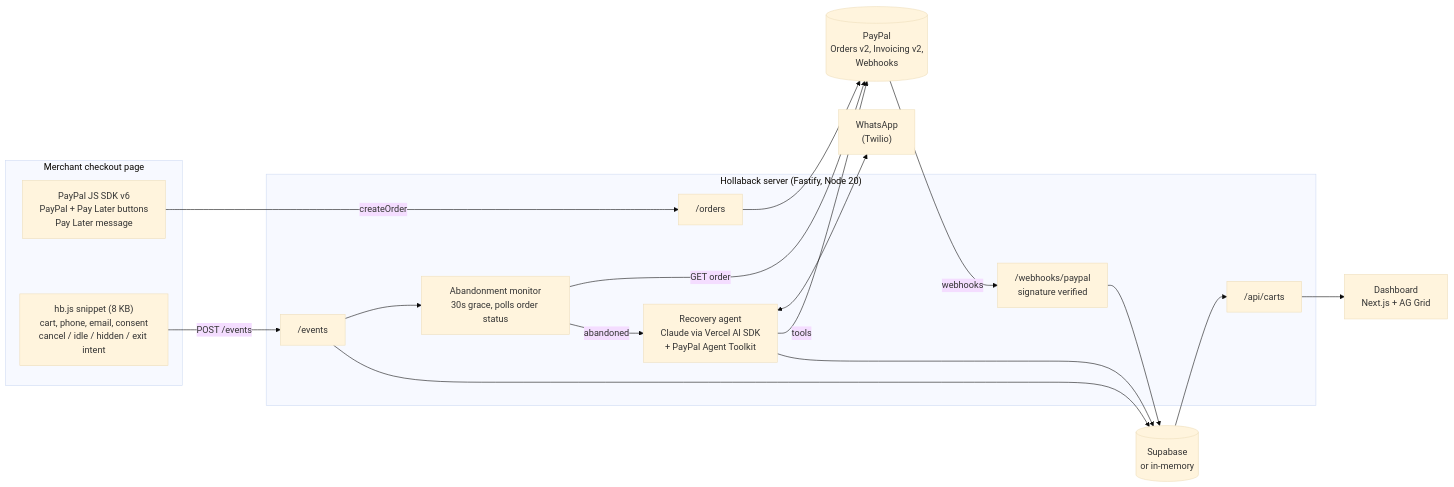
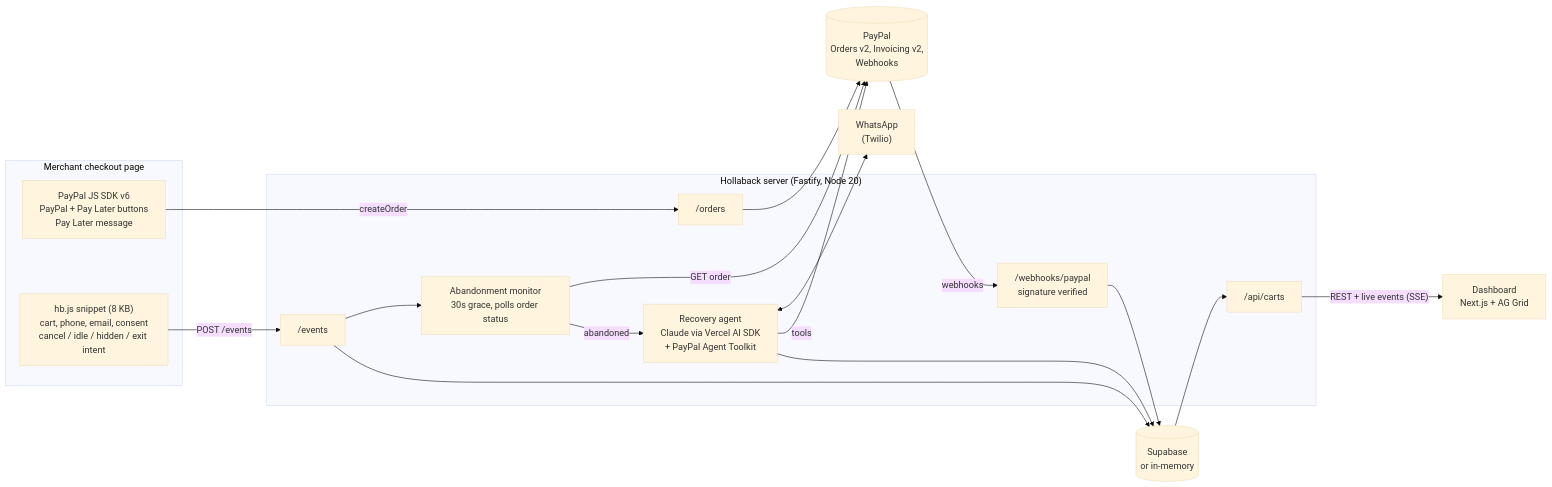
One commit to big14way/hollaback changed the diagram in README.md. Above: the diagram before and after it, drawn with Mermaid (base theme). The commit also changed other lines of this file and 13 other files, not shown here.

````diff
--- a/README.md
+++ b/README.md
@@ -117,31 +128,31 @@
 ```mermaid
 flowchart LR
   subgraph Browser["Merchant checkout page"]
     SDK["PayPal JS SDK v6<br/>PayPal + Pay Later buttons<br/>Pay Later message"]
     HB["hb.js snippet (8 KB)<br/>cart, phone, email, consent<br/>cancel / idle / hidden / exit intent"]
   end
   subgraph Server["Hollaback server (Fastify, Node 20)"]
     Orders["/orders"]
     Events["/events"]
     Monitor["Abandonment monitor<br/>30s grace, polls order status"]
     Agent["Recovery agent<br/>Claude via Vercel AI SDK<br/>+ PayPal Agent Toolkit"]
     Hooks["/webhooks/paypal<br/>signature verified"]
     API["/api/carts"]
   end
   PayPal[("PayPal<br/>Orders v2, Invoicing v2,<br/>Webhooks")]
   WA["WhatsApp<br/>(Twilio)"]
   DB[("Supabase<br/>or in-memory")]
   Dash["Dashboard<br/>Next.js + AG Grid"]
 
   SDK -- createOrder --> Orders --> PayPal
   HB -- POST /events --> Events --> Monitor
   Monitor -- GET order --> PayPal
   Monitor -- abandoned --> Agent
   Agent <--> WA
   Agent -- tools --> PayPal
   PayPal -- webhooks --> Hooks --> DB
   Events --> DB
   Agent --> DB
-  API --> Dash
+  API -- "REST + live events (SSE)" --> Dash
   DB --> API
 ```
````
